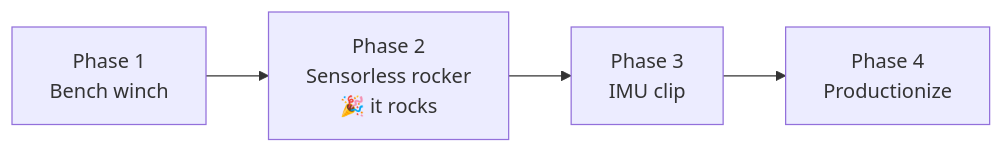
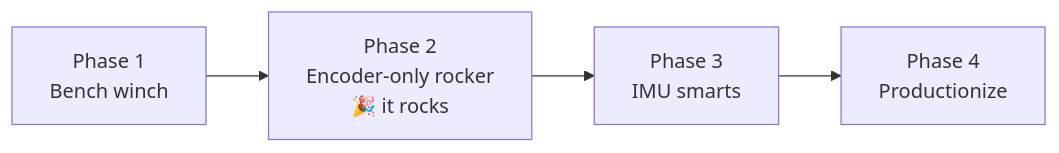
The diagram in docs/07-build-plan.md (GeorgeSheppard/HammockPro), drawn with Mermaid before and after one commit. The commit also changed other lines of this file and 9 other files, not shown here.

First line of the commit message:
Rework architecture: single hammock-mounted pod with passive anchor

````diff
--- a/docs/07-build-plan.md
+++ b/docs/07-build-plan.md
@@ -6,4 +6,4 @@
 ```mermaid
 flowchart LR
-    P1["Phase 1<br/>Bench winch"] --> P2["Phase 2<br/>Sensorless rocker<br/>🎉 it rocks"] --> P3["Phase 3<br/>IMU clip"] --> P4["Phase 4<br/>Productionize"]
+    P1["Phase 1<br/>Bench winch"] --> P2["Phase 2<br/>Encoder-only rocker<br/>🎉 it rocks"] --> P3["Phase 3<br/>IMU smarts"] --> P4["Phase 4<br/>Productionize"]
 ```
````
